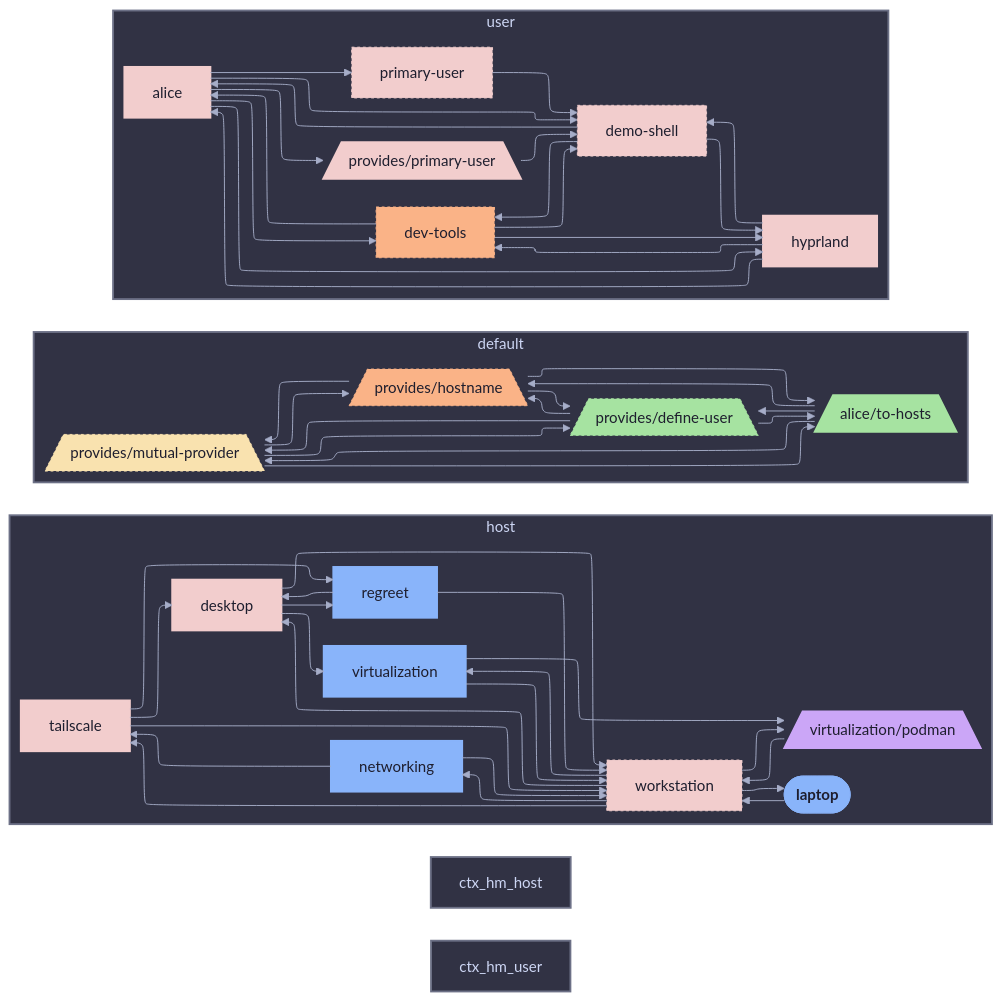
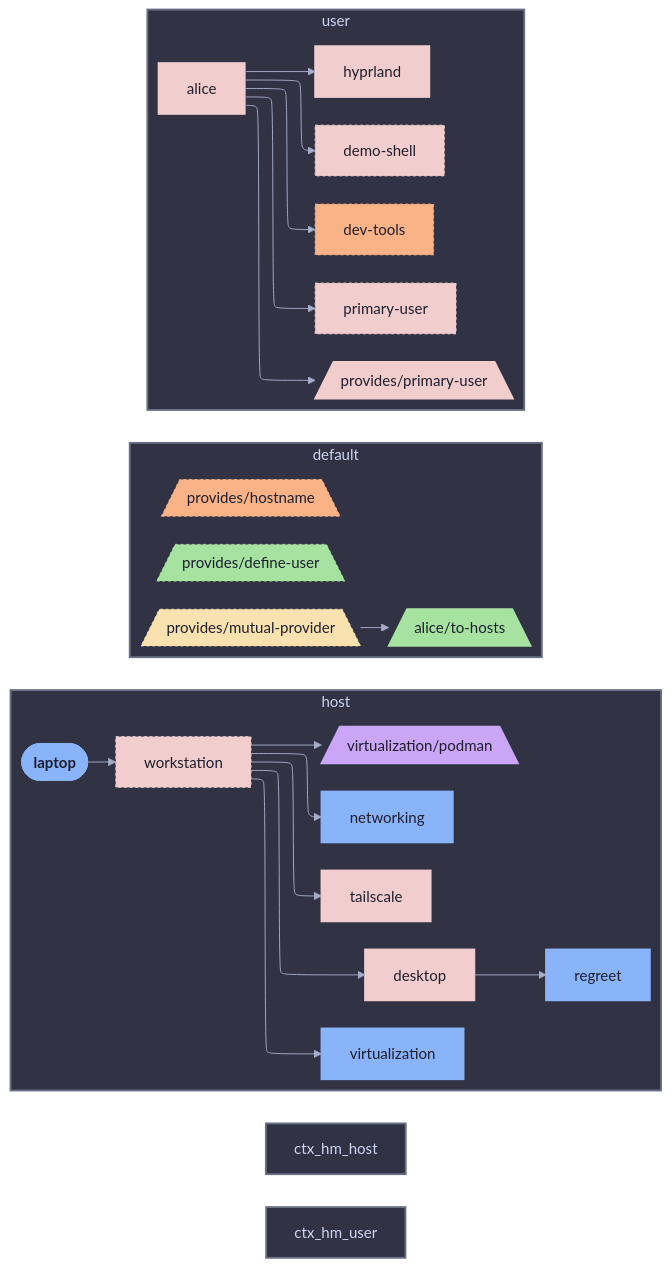
Before and after one commit to sini/den: the diagram in templates/diag-fx-demo/diagrams/laptop-aspects.md, drawn with Mermaid. The commit also changed 849 other files, not shown here.

Commit message:
chore: update fx diagrams

```diff
--- a/templates/diag-fx-demo/diagrams/laptop-aspects.md
+++ b/templates/diag-fx-demo/diagrams/laptop-aspects.md
@@ -15,22 +15,9 @@
   tailscale["tailscale"]:::tailscale_c
   virtualization["virtualization"]:::virtualization_c
   workstation["workstation"]:::workstation_c
-  desktop --> workstation
   desktop --> regreet
-  desktop --> virtualization
   laptop --> workstation
-  networking --> workstation
-  regreet --> workstation
-  tailscale --> workstation
-  virtualization --> workstation
-  virtualization__podman --> workstation
-  networking --> tailscale
-  regreet --> desktop
-  tailscale --> desktop
-  tailscale --> regreet
-  virtualization --> virtualization__podman
   workstation --> desktop
-  workstation --> laptop
   workstation --> networking
   workstation --> virtualization__podman
   workstation --> tailscale
@@ -41,18 +28,7 @@
   den__provides__hostname[/"provides/hostname"\]:::den__provides__hostname_c
   den__provides__mutual_provider[/"provides/mutual-provider"\]:::den__provides__mutual_provider_c
   alice__to_hosts[/"alice/to-hosts"\]:::alice__to_hosts_c
-  alice__to_hosts --> den__provides__define_user
-  alice__to_hosts --> den__provides__hostname
-  alice__to_hosts --> den__provides__mutual_provider
-  den__provides__mutual_provider --> den__provides__define_user
-  den__provides__mutual_provider --> den__provides__hostname
   den__provides__mutual_provider --> alice__to_hosts
-  den__provides__hostname --> den__provides__define_user
-  den__provides__define_user --> den__provides__hostname
-  den__provides__define_user --> den__provides__mutual_provider
-  den__provides__hostname --> den__provides__mutual_provider
-  den__provides__define_user --> alice__to_hosts
-  den__provides__hostname --> alice__to_hosts
   end
   subgraph ctx_user["user"]
   alice["alice"]:::alice_c
@@ -66,17 +42,6 @@
   alice --> hyprland
   alice --> primary_user
   alice --> den__provides__primary_user
-  demo_shell --> hyprland
-  demo_shell --> alice
-  demo_shell --> dev_tools
-  den__provides__primary_user --> demo_shell
-  dev_tools --> alice
-  dev_tools --> demo_shell
-  dev_tools --> hyprland
-  hyprland --> dev_tools
-  hyprland --> alice
-  hyprland --> demo_shell
-  primary_user --> demo_shell
   end
 
 
```
